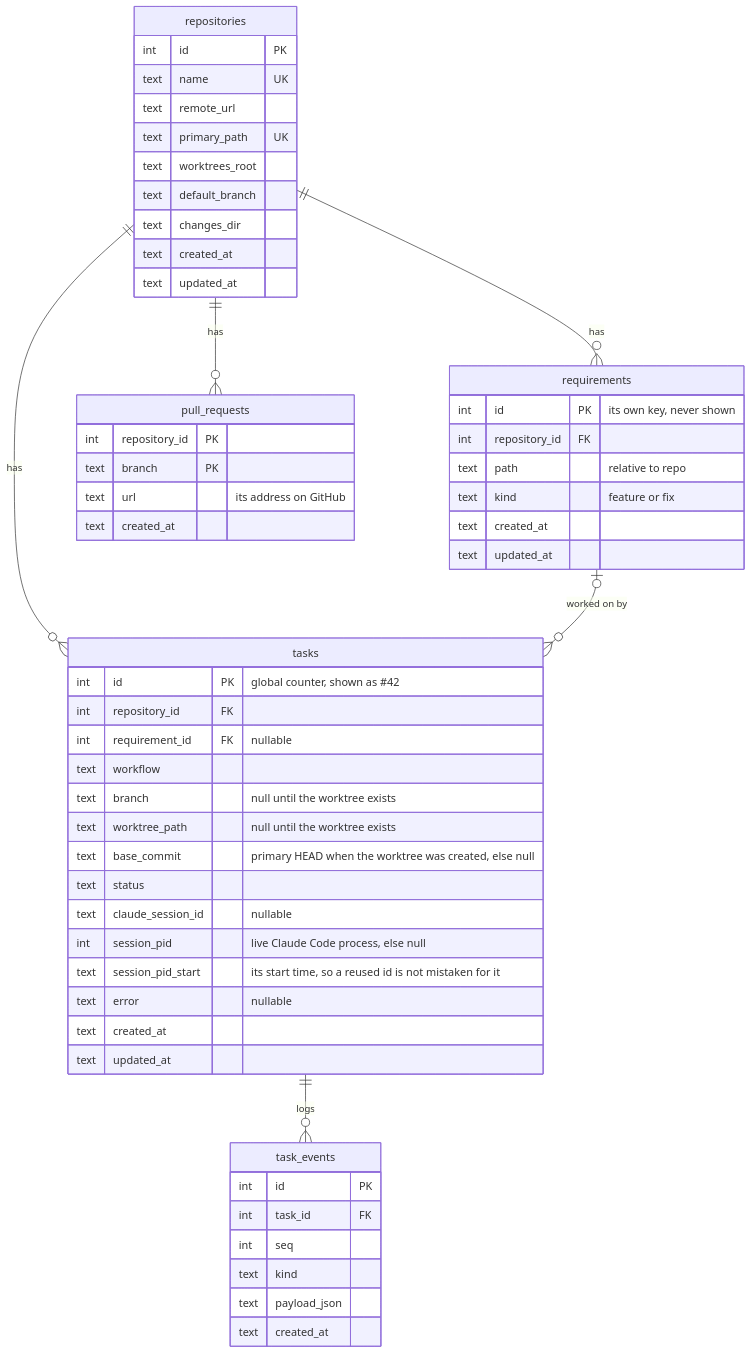
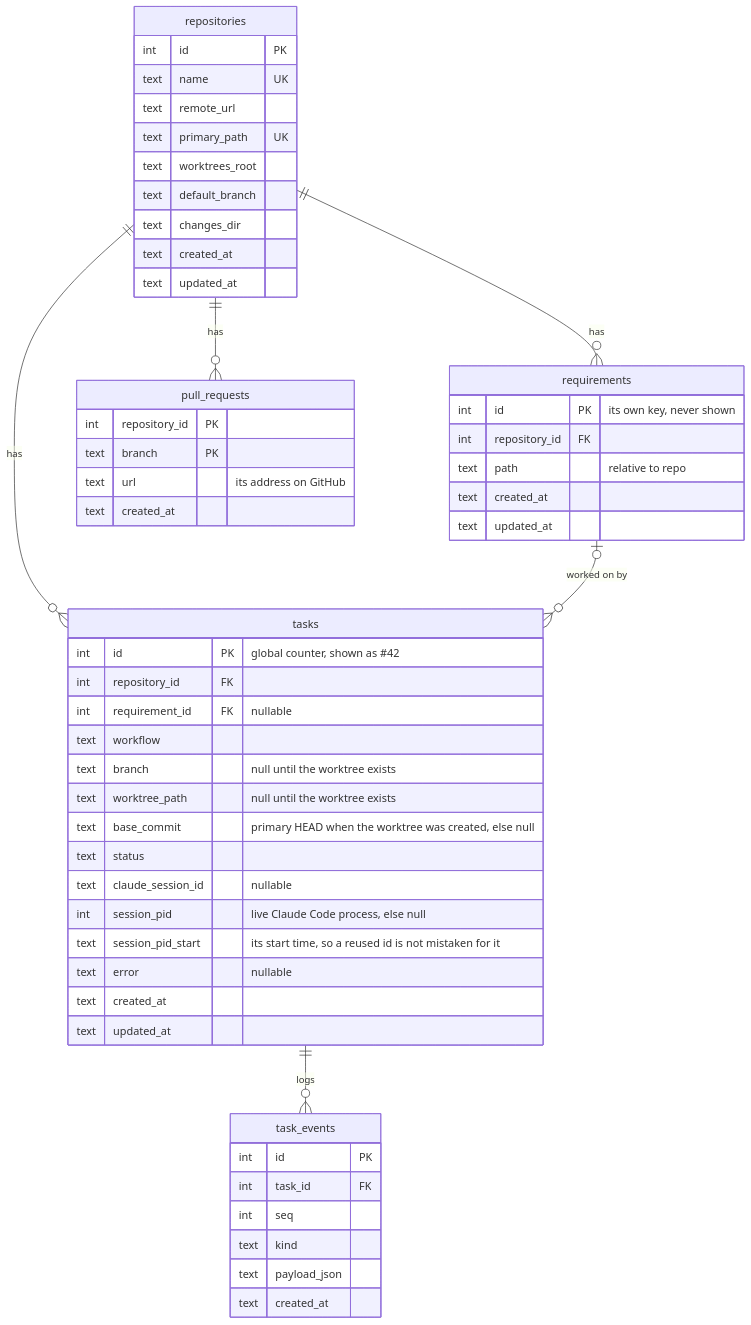
Before and after one commit to eliveikis/repocop: the second of 5 diagrams in specs/architecture.md, drawn with Mermaid. The commit also changed other lines of this file and 47 other files, not shown here.

````diff
--- a/specs/architecture.md
+++ b/specs/architecture.md
@@ -74,58 +73,57 @@
 ```mermaid
 erDiagram
     repositories ||--o{ requirements : has
     repositories ||--o{ tasks : has
     requirements |o--o{ tasks : "worked on by"
     tasks ||--o{ task_events : logs
     repositories ||--o{ pull_requests : has
 
     repositories {
         int id PK
         text name UK
         text remote_url
         text primary_path UK
         text worktrees_root
         text default_branch
         text changes_dir
         text created_at
         text updated_at
     }
     requirements {
         int id PK "its own key, never shown"
         int repository_id FK
         text path "relative to repo"
-        text kind "feature or fix"
         text created_at
         text updated_at
     }
     tasks {
         int id PK "global counter, shown as #42"
         int repository_id FK
         int requirement_id FK "nullable"
         text workflow
         text branch "null until the worktree exists"
         text worktree_path "null until the worktree exists"
         text base_commit "primary HEAD when the worktree was created, else null"
         text status
         text claude_session_id "nullable"
         int session_pid "live Claude Code process, else null"
         text session_pid_start "its start time, so a reused id is not mistaken for it"
         text error "nullable"
         text created_at
         text updated_at
     }
     task_events {
         int id PK
         int task_id FK
         int seq
         text kind
         text payload_json
         text created_at
     }
     pull_requests {
         int repository_id PK
         text branch PK
         text url "its address on GitHub"
         text created_at
     }
 ```
````
